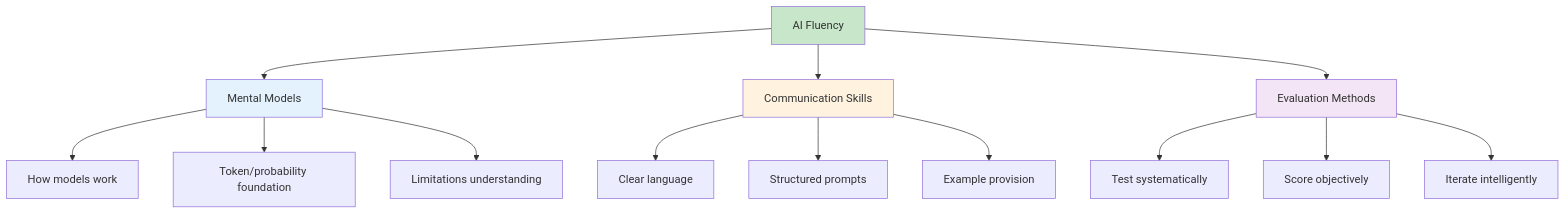
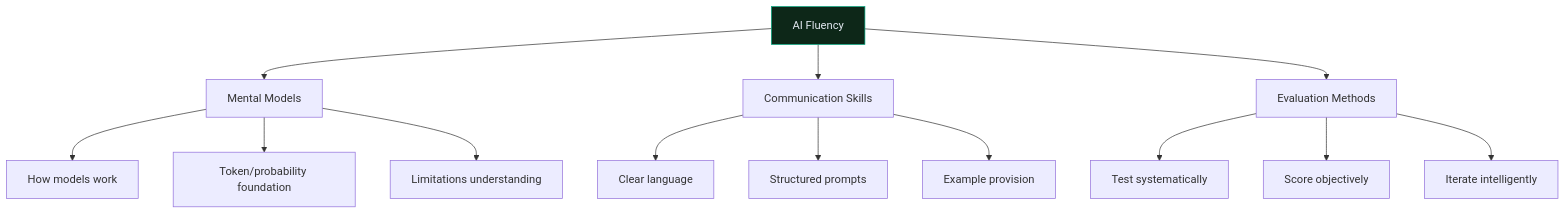
The ninth of 9 diagrams in docs/03_AI-Fluency-Framework-Foundations.md (CagriCatik/claude-ollama-coder), drawn with Mermaid before and after one commit. The commit also changed other lines of this file and 16 other files, not shown here.

````diff
--- a/docs/03_AI-Fluency-Framework-Foundations.md
+++ b/docs/03_AI-Fluency-Framework-Foundations.md
@@ -750,23 +736,20 @@
 ```mermaid
 graph TB
     A["AI Fluency"] --> B["Mental Models"]
     A --> C["Communication Skills"]
     A --> D["Evaluation Methods"]
     
     B --> B1["How models work"]
     B --> B2["Token/probability foundation"]
     B --> B3["Limitations understanding"]
     
     C --> C1["Clear language"]
     C --> C2["Structured prompts"]
     C --> C3["Example provision"]
     
     D --> D1["Test systematically"]
     D --> D2["Score objectively"]
     D --> D3["Iterate intelligently"]
     
-    style A fill:#c8e6c9
-    style B fill:#e3f2fd
-    style C fill:#fff3e0
-    style D fill:#f3e5f5
+    style A fill:#0d2718,stroke:#00a67e,color:#e2e8f0
 ```
````
